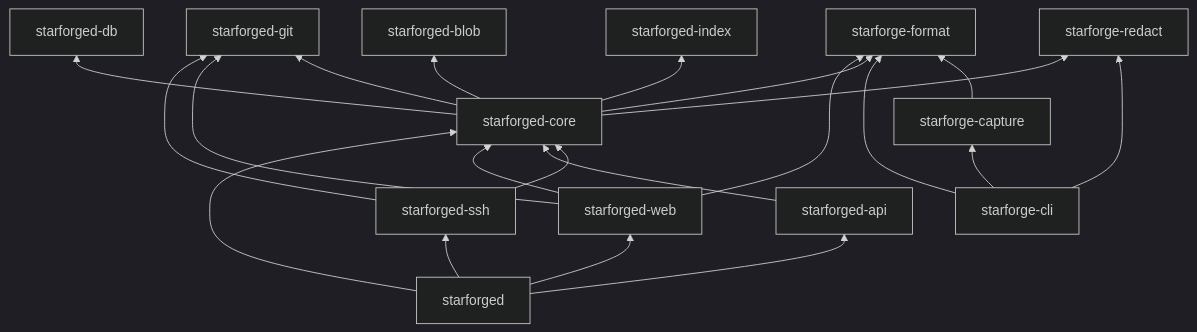
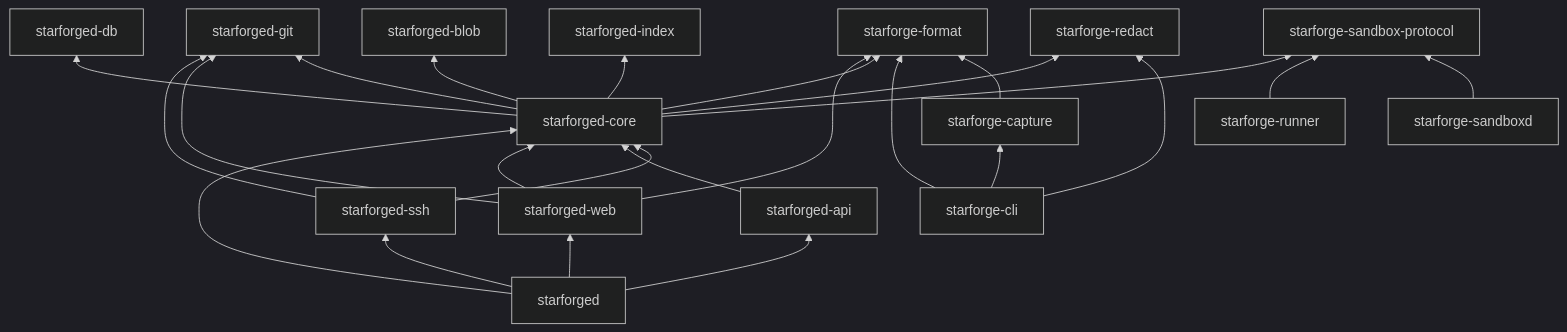
The diagram in docs/technical/crates.md (mintychochip/starforge), drawn with Mermaid (dark theme) before and after one commit. The commit also changed other lines of this file and 23 other files, not shown here.

````diff
--- a/docs/technical/crates.md
+++ b/docs/technical/crates.md
@@ -68,23 +75,26 @@
 ```mermaid
 flowchart BT
     starforged --> starforged-web
     starforged --> starforged-api
     starforged --> starforged-ssh
     starforged --> starforged-core
     starforged-web --> starforged-core
     starforged-web --> starforge-format
     starforged-api --> starforged-core
     starforged-ssh --> starforged-core
     starforged-ssh --> starforged-git
     starforged-web --> starforged-git
     starforged-core --> starforged-db
     starforged-core --> starforged-git
     starforged-core --> starforged-blob
     starforged-core --> starforged-index
     starforged-core --> starforge-format
     starforged-core --> starforge-redact
+    starforged-core --> starforge-sandbox-protocol
     starforge-cli --> starforge-capture
     starforge-cli --> starforge-format
     starforge-capture --> starforge-format
     starforge-cli --> starforge-redact
+    starforge-runner --> starforge-sandbox-protocol
+    starforge-sandboxd --> starforge-sandbox-protocol
 ```
````
